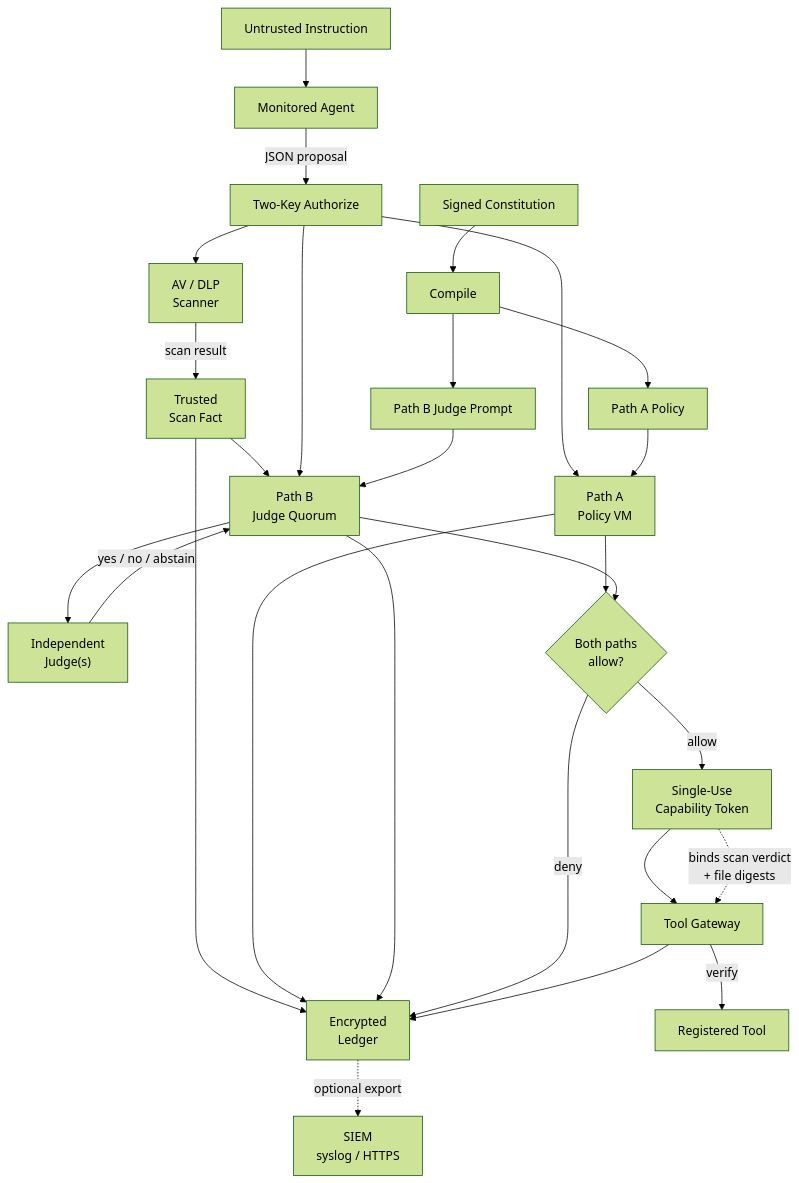
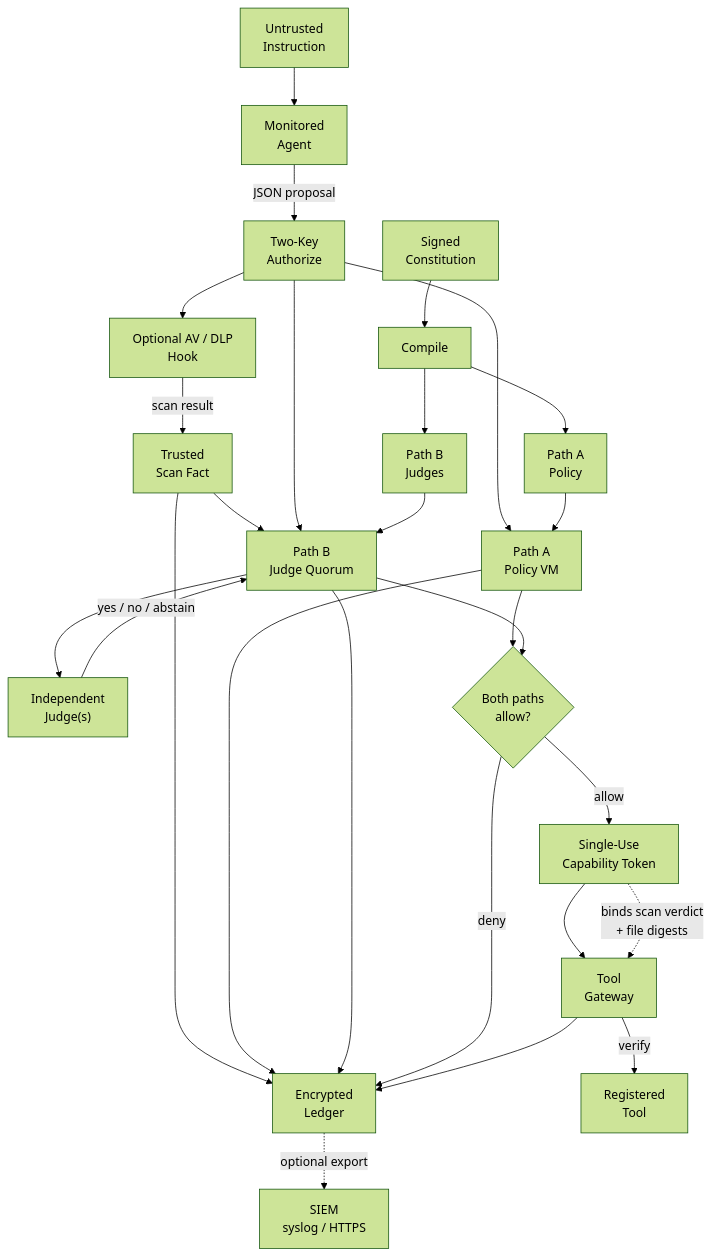
The second of 4 diagrams in README.md (Insomniac-VibeLabs/two-key), drawn with Mermaid (forest theme) before and after one commit.

````diff
--- a/README.md
+++ b/README.md
@@ -269,43 +269,43 @@
 ```mermaid
 flowchart TD
-  constitution["Signed Constitution"] --> compile["Compile"]
-  compile --> bytecode["Path A Policy"]
-  compile --> judgeText["Path B Judge Prompt"]
+  constitution["Signed<br/>Constitution"] --> compile["Compile"]
+  compile --> bytecode["Path A<br/>Policy"]
+  compile --> judgeText["Path B<br/>Judges"]
 
-  instruction["Untrusted Instruction"] --> agent["Monitored Agent"]
-  agent -->|"JSON proposal"| authorize["Two-Key Authorize"]
+  instruction["Untrusted<br/>Instruction"] --> agent["Monitored<br/>Agent"]
+  agent -->|"JSON proposal"| authorize["Two-Key<br/>Authorize"]
 
   authorize --> pathA["Path A<br/>Policy VM"]
 
-  authorize --> scanner["AV / DLP<br/>Scanner"]
+  authorize --> scanner["Optional AV / DLP<br/>Hook"]
   scanner -->|"scan result"| scanfact["Trusted<br/>Scan Fact"]
 
   scanfact --> pathB["Path B<br/>Judge Quorum"]
   scanfact --> ledger["Encrypted<br/>Ledger"]
 
   authorize --> pathB
   judgeText --> pathB
 
   pathB --> judges["Independent<br/>Judge(s)"]
   judges -->|"yes / no / abstain"| pathB
 
   bytecode --> pathA
 
   pathA --> gate{"Both paths<br/>allow?"}
   pathB --> gate
 
   pathA --> ledger
   pathB --> ledger
 
   gate -->|"deny"| ledger
   gate -->|"allow"| token["Single-Use<br/>Capability Token"]
 
-  token --> gateway["Tool Gateway"]
+  token --> gateway["Tool<br/>Gateway"]
 
   token -.->|"binds scan verdict<br/>+ file digests"| gateway
 
-  gateway -->|"verify"| tool["Registered Tool"]
+  gateway -->|"verify"| tool["Registered<br/>Tool"]
   gateway --> ledger
 
   ledger -.->|"optional export"| siem["SIEM<br/>syslog / HTTPS"]
 ```
````
